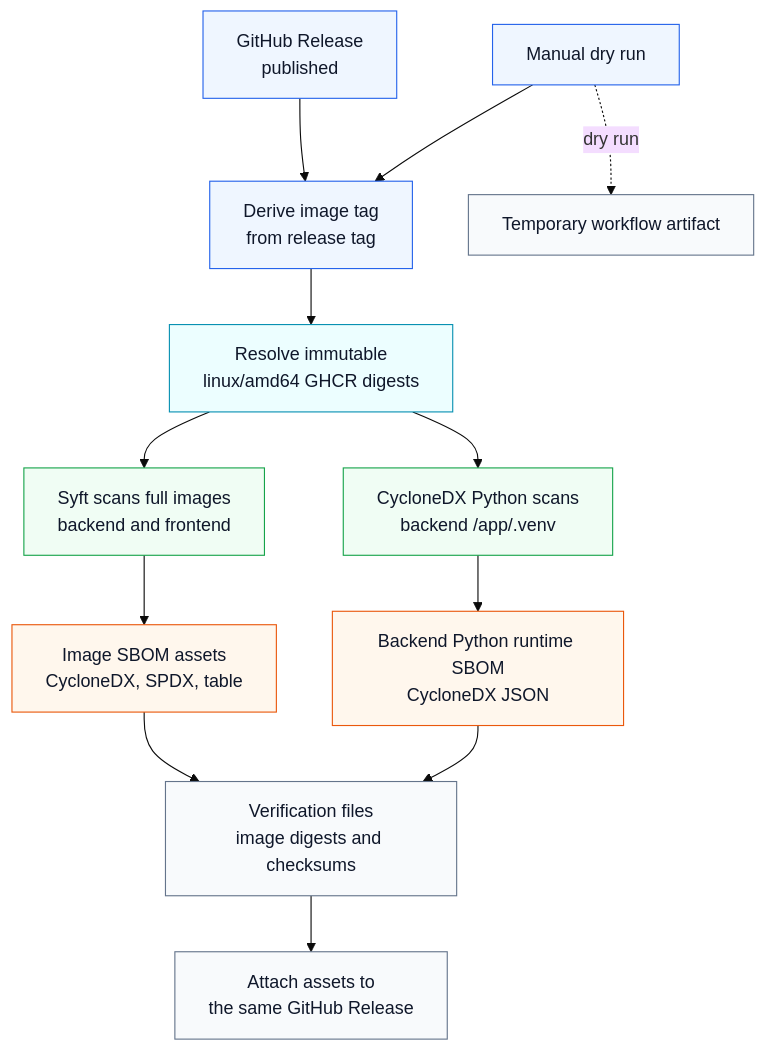
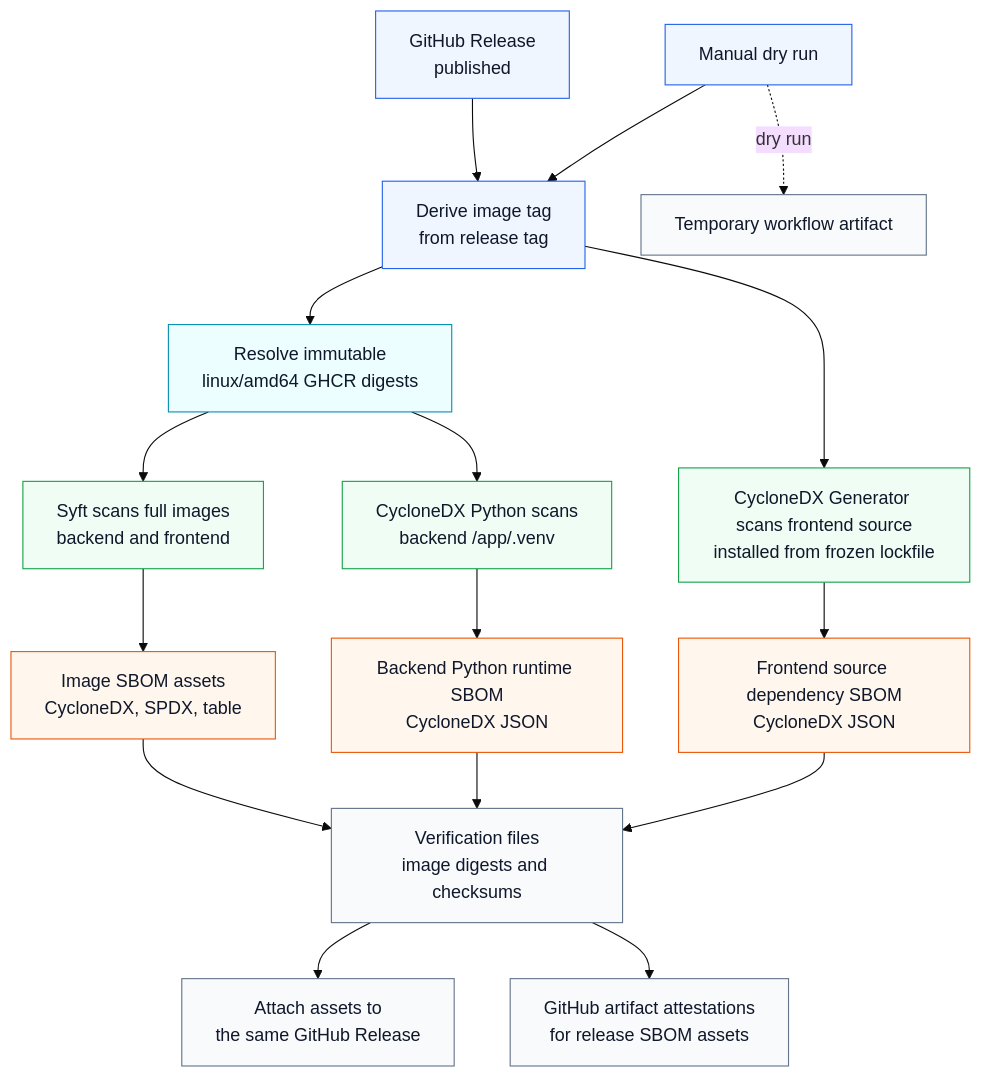
The diagram in frontend/apps/docs-site/src/content/docs/release-sboms.mdx (aerugo/eneo), drawn with Mermaid (base theme) before and after one commit. The commit also changed other lines of this file and 4 other files, not shown here.

First line of the commit message:
chore(security): attest release SBOM artifacts (#448)

````diff
--- a/frontend/apps/docs-site/src/content/docs/release-sboms.mdx
+++ b/frontend/apps/docs-site/src/content/docs/release-sboms.mdx
@@ -63,37 +69,44 @@
 ```mermaid
 flowchart TD
   release["GitHub Release<br/>published"]
   manual["Manual dry run"]
   tag["Derive image tag<br/>from release tag"]
   digests["Resolve immutable<br/>linux/amd64 GHCR digests"]
 
   syft["Syft scans full images<br/>backend and frontend"]
   python["CycloneDX Python scans<br/>backend /app/.venv"]
+  source["CycloneDX Generator scans frontend source<br/>installed from frozen lockfile"]
 
   imageSboms["Image SBOM assets<br/>CycloneDX, SPDX, table"]
   runtimeSbom["Backend Python runtime SBOM<br/>CycloneDX JSON"]
+  sourceSbom["Frontend source dependency SBOM<br/>CycloneDX JSON"]
   verification["Verification files<br/>image digests and checksums"]
+  attestation["GitHub artifact attestations<br/>for release SBOM assets"]
 
   release --> tag --> digests
   manual --> tag
   digests --> syft
   digests --> python
+  tag --> source
   syft --> imageSboms
   python --> runtimeSbom
+  source --> sourceSbom
   imageSboms --> verification
   runtimeSbom --> verification
+  sourceSbom --> verification
   verification --> upload["Attach assets to<br/>the same GitHub Release"]
+  verification --> attestation
   manual -. dry run .-> artifact["Temporary workflow artifact"]
 
   classDef trigger fill:#eff6ff,stroke:#2563eb,color:#0f172a
   classDef source fill:#ecfeff,stroke:#0891b2,color:#0f172a
   classDef scanner fill:#f0fdf4,stroke:#16a34a,color:#0f172a
   classDef asset fill:#fff7ed,stroke:#ea580c,color:#0f172a
   classDef output fill:#f8fafc,stroke:#64748b,color:#0f172a
 
   class release,manual,tag trigger
   class digests source
-  class syft,python scanner
-  class imageSboms,runtimeSbom asset
-  class verification,upload,artifact output
+  class syft,python,source scanner
+  class imageSboms,runtimeSbom,sourceSbom asset
+  class verification,upload,artifact,attestation output
 ```
````
